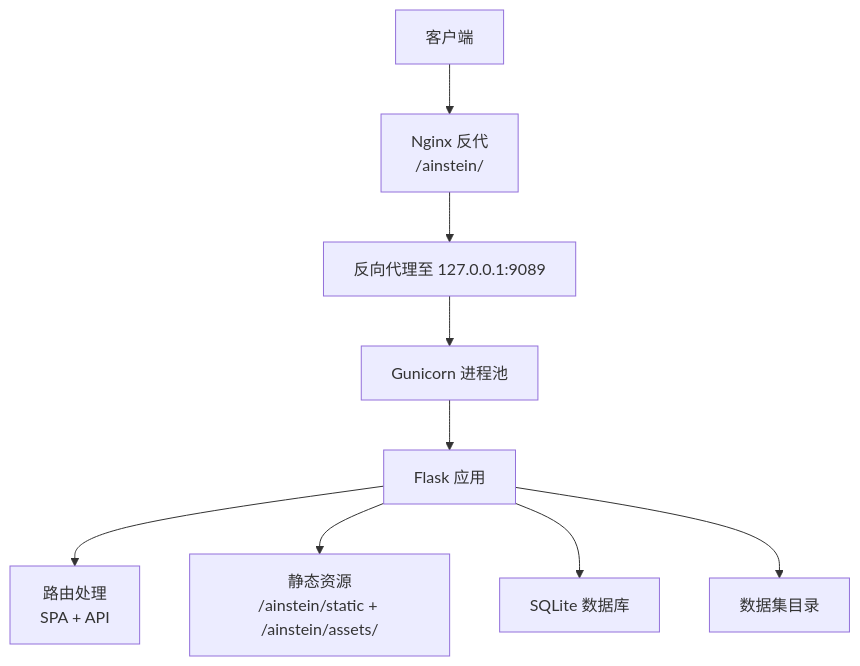
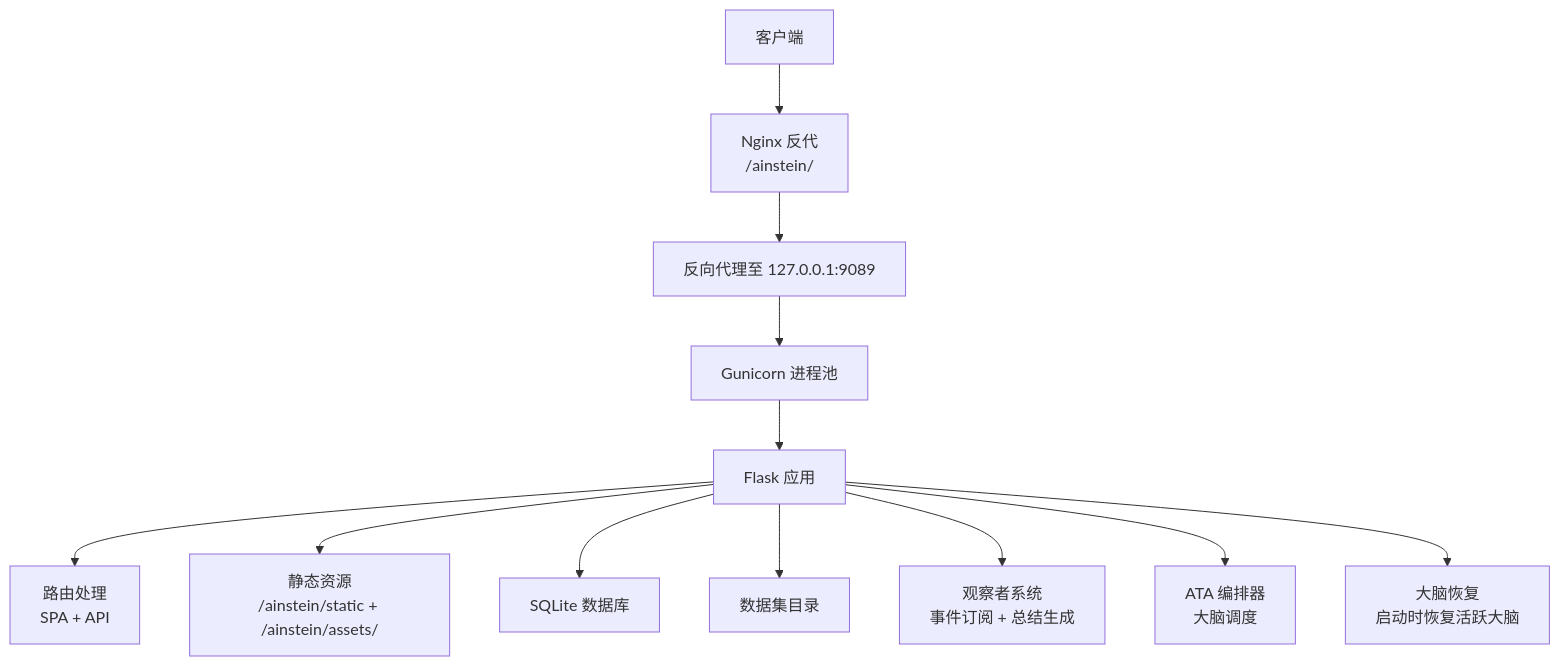
Before and after one commit to GDY-ai/ainstein: the second of 8 diagrams in .qoder/repowiki/zh/content/系统架构/部署架构.md, drawn with Mermaid. The commit also changed other lines of this file and 47 other files, not shown here.

````diff
--- a/.qoder/repowiki/zh/content/系统架构/部署架构.md
+++ b/.qoder/repowiki/zh/content/系统架构/部署架构.md
@@ -85,11 +103,14 @@
 ```mermaid
 graph TB
 Client["客户端"] --> Nginx["Nginx 反代<br/>/ainstein/"]
 Nginx --> Proxy["反向代理至 127.0.0.1:9089"]
 Proxy --> Gunicorn["Gunicorn 进程池"]
 Gunicorn --> Flask["Flask 应用"]
 Flask --> Routes["路由处理<br/>SPA + API"]
 Flask --> Static["静态资源<br/>/ainstein/static + /ainstein/assets/"]
 Flask --> DB["SQLite 数据库"]
 Flask --> Data["数据集目录"]
+Flask --> Observer["观察者系统<br/>事件订阅 + 总结生成"]
+Flask --> ATA["ATA 编排器<br/>大脑调度"]
+Flask --> Recovery["大脑恢复<br/>启动时恢复活跃大脑"]
 ```
````
